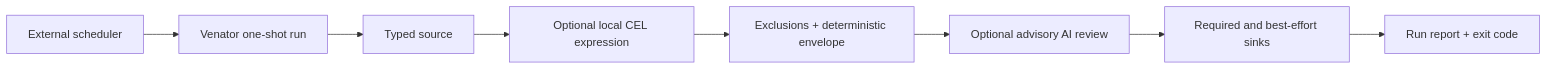
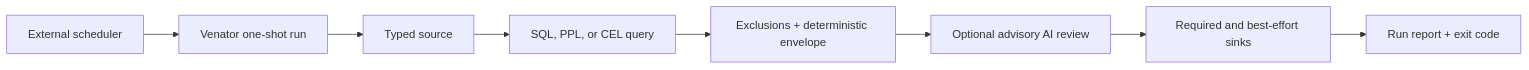
Before and after one commit to 0x4D31/venator: the diagram in README.md, drawn with Mermaid. The commit also changed other lines of this file and 47 other files, not shown here.

````diff
--- a/README.md
+++ b/README.md
@@ -33,10 +33,10 @@
 ```mermaid
 flowchart LR
   A["External scheduler"] --> V["Venator one-shot run"]
   V --> S["Typed source"]
-  S --> F["Optional local CEL expression"]
+  S --> F["SQL, PPL, or CEL query"]
   F --> E["Exclusions + deterministic envelope"]
   E --> R["Optional advisory AI review"]
   R --> P["Required and best-effort sinks"]
   P --> X["Run report + exit code"]
 ```
````
